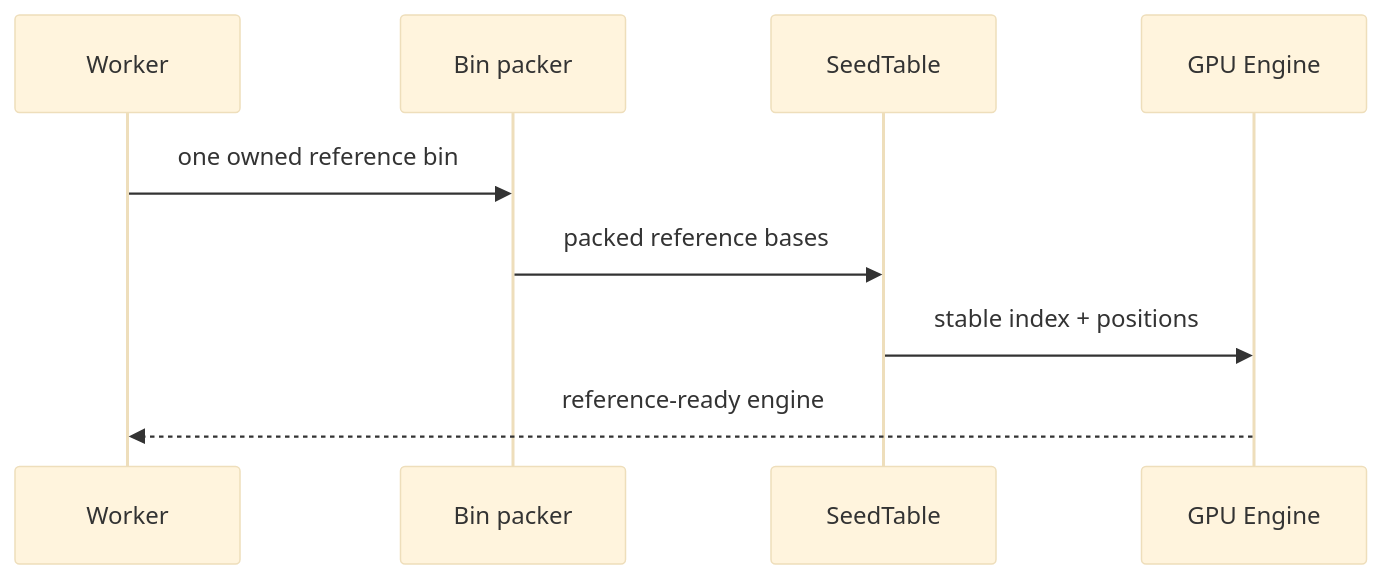
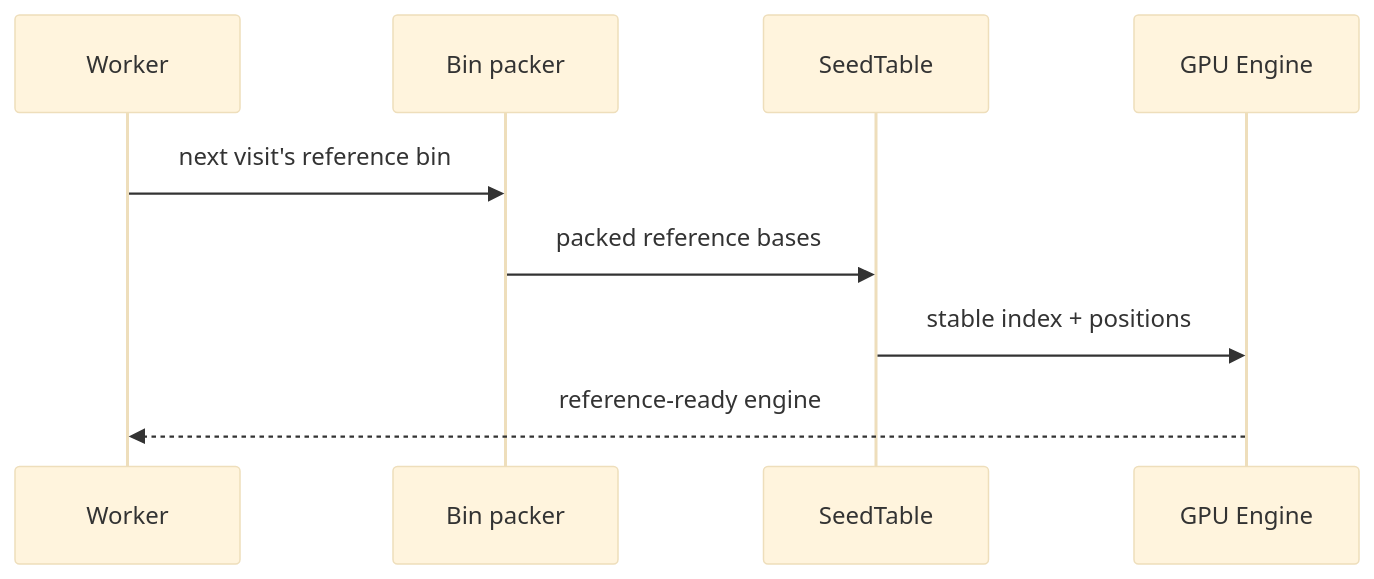
Before and after one commit to hillerlab/hspZ: the second of 5 diagrams in docs/src/journeys/execution.md, drawn with Mermaid (base theme). The commit also changed other lines of this file and 33 other files, not shown here.

````diff
--- a/docs/src/journeys/execution.md
+++ b/docs/src/journeys/execution.md
@@ -34,11 +36,11 @@
 ```mermaid
 sequenceDiagram
     participant W as Worker
     participant P as Bin packer
     participant S as SeedTable
     participant E as GPU Engine
-    W->>P: one owned reference bin
+    W->>P: next visit's reference bin
     P->>S: packed reference bases
     S->>E: stable index + positions
     E-->>W: reference-ready engine
 ```
````
